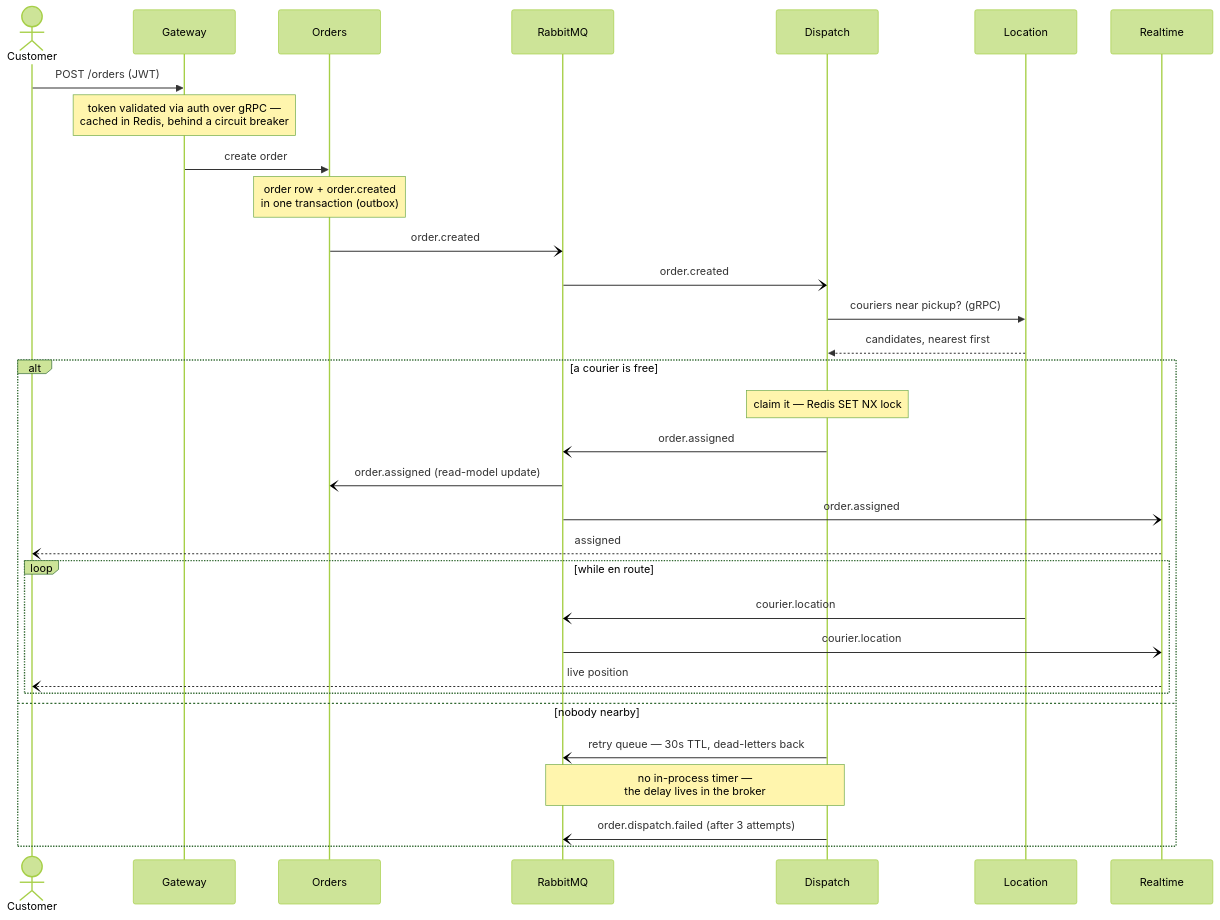
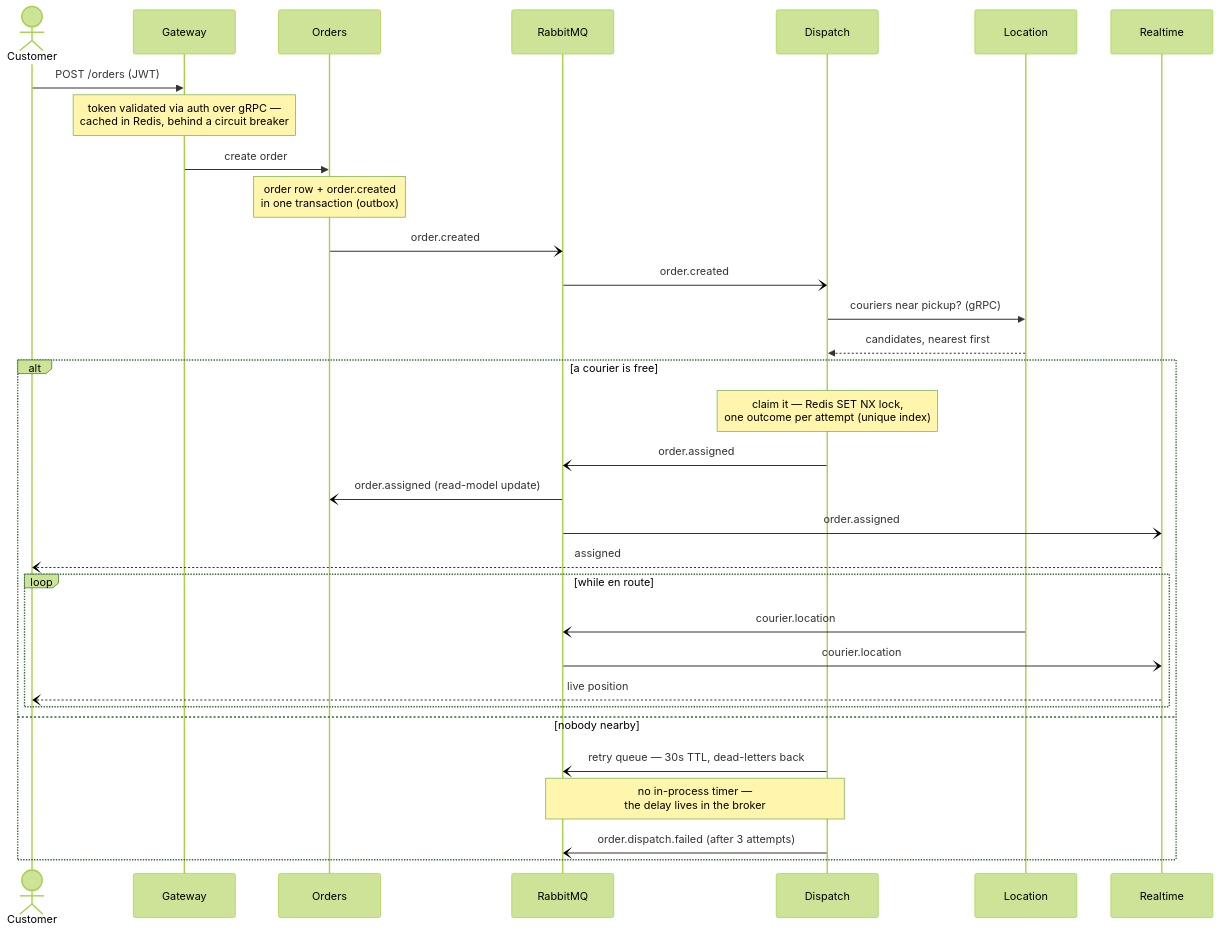
The second of 2 diagrams in README.md (huseyincanbay/realtime-courier-network), drawn with Mermaid (forest theme) before and after one commit. The commit also changed other lines of this file, not shown here.

````diff
--- a/README.md
+++ b/README.md
@@ -83,35 +83,35 @@
 ```mermaid
 sequenceDiagram
     actor C as Customer
     participant G as Gateway
     participant O as Orders
     participant MQ as RabbitMQ
     participant D as Dispatch
     participant L as Location
     participant RT as Realtime
 
     C->>G: POST /orders (JWT)
     Note over G: token validated via auth over gRPC —<br/>cached in Redis, behind a circuit breaker
     G->>O: create order
     Note over O: order row + order.created<br/>in one transaction (outbox)
     O-)MQ: order.created
     MQ-)D: order.created
     D->>L: couriers near pickup? (gRPC)
     L-->>D: candidates, nearest first
     alt a courier is free
-        Note over D: claim it — Redis SET NX lock
+        Note over D: claim it — Redis SET NX lock,<br/>one outcome per attempt (unique index)
         D-)MQ: order.assigned
         MQ-)O: order.assigned (read-model update)
         MQ-)RT: order.assigned
         RT--)C: assigned
         loop while en route
             L-)MQ: courier.location
             MQ-)RT: courier.location
             RT--)C: live position
         end
     else nobody nearby
         D-)MQ: retry queue — 30s TTL, dead-letters back
         Note over D,MQ: no in-process timer —<br/>the delay lives in the broker
         D-)MQ: order.dispatch.failed (after 3 attempts)
     end
 ```
````
